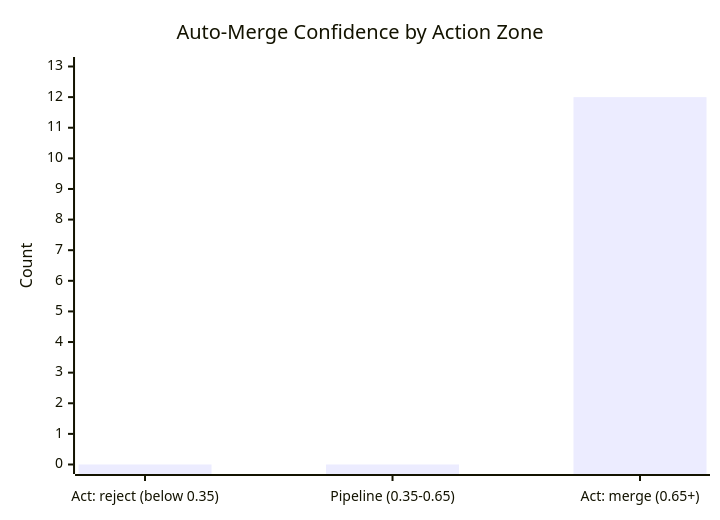
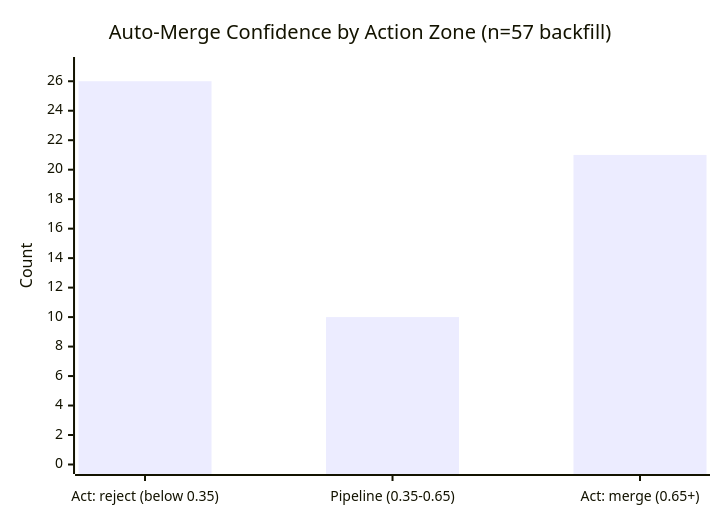
Before and after one commit to Sanctum-Origo-Systems/patina: the fourth of 4 diagrams in JEV.md, drawn with Mermaid. The commit also changed other lines of this file, not shown here.

````diff
--- a/JEV.md
+++ b/JEV.md
@@ -63,7 +74,7 @@
 ```mermaid
 xychart-beta
-    title "Auto-Merge Confidence by Action Zone"
+    title "Auto-Merge Confidence by Action Zone (n=57 backfill)"
     x-axis ["Act: reject (below 0.35)", "Pipeline (0.35-0.65)", "Act: merge (0.65+)"]
-    y-axis "Count" 0 --> 13
-    bar [0, 0, 12]
+    y-axis "Count" 0 --> 27
+    bar [26, 10, 21]
 ```
````
